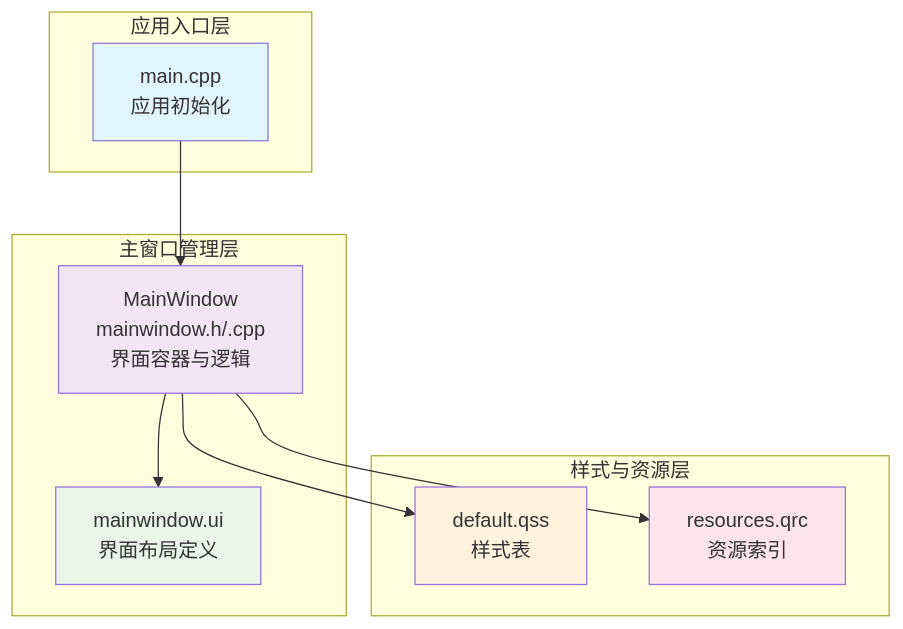
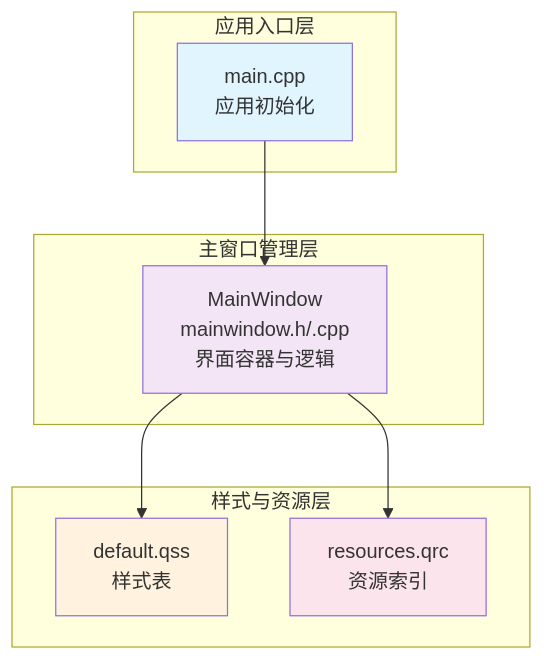
One commit to jakecai1225-design/OpenBus changed the second of 4 diagrams in .qoder/repowiki/zh/content/项目概述/项目概述.md. Above: the diagram before and after it, drawn with Mermaid. The commit also changed other lines of this file and 223 other files, not shown here.

````diff
--- a/.qoder/repowiki/zh/content/项目概述/项目概述.md
+++ b/.qoder/repowiki/zh/content/项目概述/项目概述.md
@@ -120,23 +116,20 @@
 ```mermaid
 graph TB
 subgraph "应用入口层"
 M["main.cpp<br/>应用初始化"]
 end
 subgraph "主窗口管理层"
 MW["MainWindow<br/>mainwindow.h/.cpp<br/>界面容器与逻辑"]
-UI["mainwindow.ui<br/>界面布局定义"]
 end
 subgraph "样式与资源层"
 QSS["default.qss<br/>样式表"]
 QRC["resources.qrc<br/>资源索引"]
 end
 M --> MW
-MW --> UI
 MW --> QSS
 MW --> QRC
 style M fill:#e1f5fe
 style MW fill:#f3e5f5
-style UI fill:#e8f5e8
 style QSS fill:#fff3e0
 style QRC fill:#fce4ec
 ```
````
